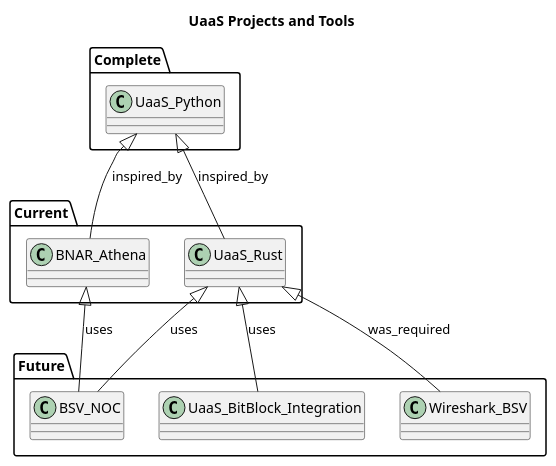
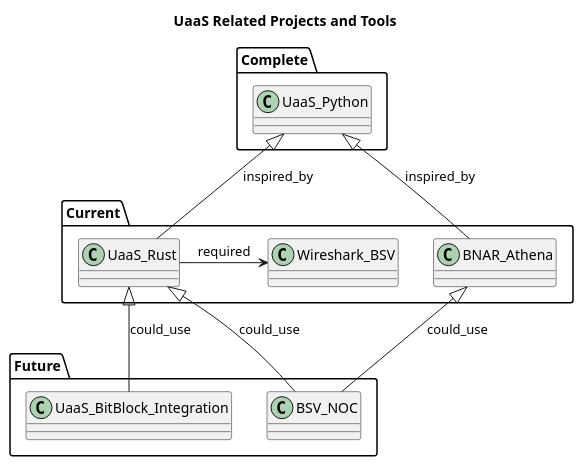
Before and after one commit to nchain-innovation/utxo-as-a-service: the diagram in docs/diagrams/products.puml, drawn with PlantUML. The commit also changed 26 other files, not shown here.

```diff
--- a/docs/diagrams/products.puml
+++ b/docs/diagrams/products.puml
@@ -1,34 +1,27 @@
 @startuml
-title UaaS Projects and Tools
-
+title UaaS Related Projects and Tools
 
 package Complete {
     class UaaS_Python
 }
 
 package Current {
+    class UaaS_Rust
     class BNAR_Athena
-    class UaaS_Rust
-
+    class Wireshark_BSV
 }
 
 BNAR_Athena -up-|> UaaS_Python: inspired_by
 UaaS_Rust -up-|> UaaS_Python: inspired_by
 
-
 package Future {
+    class BSV_NOC
     class UaaS_BitBlock_Integration
-    class BSV_NOC
-    class Wireshark_BSV
 }
 
-
-Wireshark_BSV -up-|> UaaS_Rust : was_required
-UaaS_BitBlock_Integration -up-|> UaaS_Rust: uses
-BSV_NOC -up-|> BNAR_Athena: uses
-BSV_NOC -up-|> UaaS_Rust: uses
-
-
-
+UaaS_Rust -right-> Wireshark_BSV : required
+UaaS_BitBlock_Integration -up-|> UaaS_Rust: could_use
+BSV_NOC -up-|> BNAR_Athena: could_use
+BSV_NOC -up-|> UaaS_Rust: could_use
 
 @enduml
```
